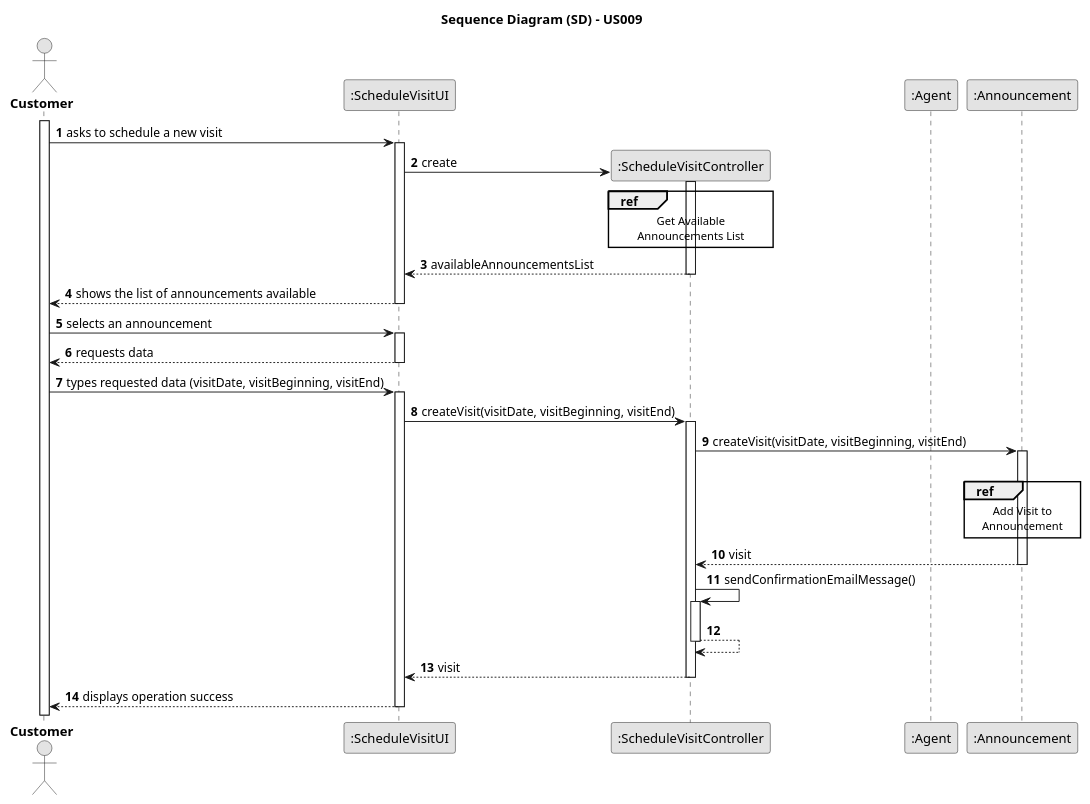
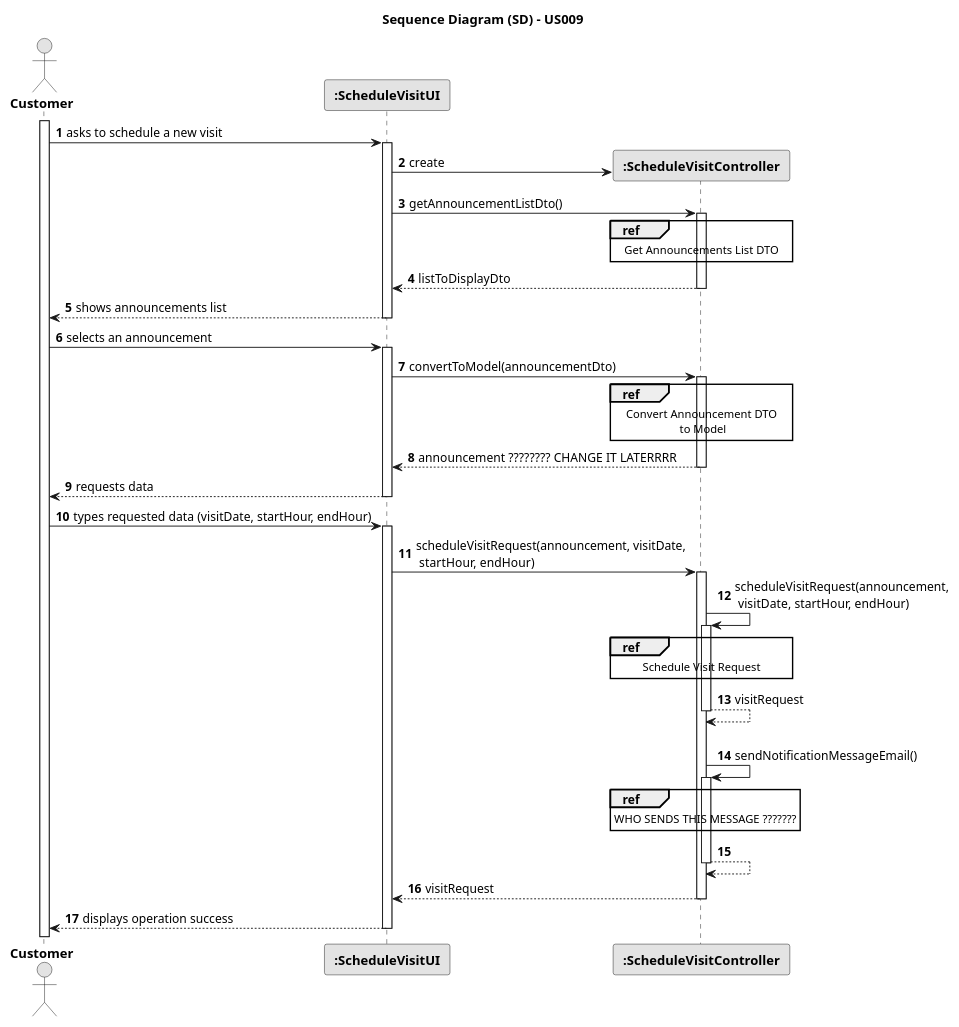
The diagram in docs/sprintC/us009/03.design/puml/us009-sequence-diagram-slip.puml (rita-barbosa/LAPR2-2223), drawn with PlantUML before and after one commit.

Commit message:
Split SD [US009] [Design]

```diff
--- a/docs/sprintC/us009/03.design/puml/us009-sequence-diagram-slip.puml
+++ b/docs/sprintC/us009/03.design/puml/us009-sequence-diagram-slip.puml
@@ -1,76 +1,88 @@
 @startuml
 skinparam monochrome true
 skinparam packageStyle rectangle
 skinparam shadowing false
 
 title Sequence Diagram (SD) - US009
 
 autonumber
 
 actor "<b> Customer </b>" as CTM
-participant ":ScheduleVisitUI" as UI
-participant ":ScheduleVisitController" as CTRL
-'participant ":Agency" as AGC
-participant ":Agent" as AGT
-participant ":Announcement" as ANNOUNCE
-
+participant "<b> :ScheduleVisitUI </b>" as UI
+participant "<b> :ScheduleVisitController </b>" as CTRL
 
 activate CTM
 
     CTM -> UI : asks to schedule a new visit
         activate UI
 
     UI -> CTRL** : create
+
+    UI -> CTRL : getAnnouncementListDto()
         activate CTRL
             ref over CTRL
-                Get Available
-                Announcements List
+                Get Announcements List DTO
             end ref
-    CTRL --> UI : availableAnnouncementsList
+    CTRL --> UI : listToDisplayDto
         deactivate CTRL
 
-    UI --> CTM : shows the list of announcements available
+    UI --> CTM : shows announcements list
         deactivate UI
 
     CTM -> UI : selects an announcement
         activate UI
 
+    UI -> CTRL : convertToModel(announcementDto)
+    activate CTRL
+        ref over CTRL
+            Convert Announcement DTO
+             to Model
+        end ref
+
+        CTRL --> UI : announcement ???????? CHANGE IT LATERRRR
+    deactivate CTRL
+
     UI --> CTM : requests data
         deactivate UI
 
-    CTM -> UI : types requested data (visitDate, visitBeginning, visitEnd)
+    CTM -> UI : types requested data (visitDate, startHour, endHour)
         activate UI
 
-        UI -> CTRL : createVisit(visitDate, visitBeginning, visitEnd)
+        UI -> CTRL : scheduleVisitRequest(announcement, visitDate,\n startHour, endHour)
+
         activate CTRL
 
-        CTRL -> ANNOUNCE : createVisit(visitDate, visitBeginning, visitEnd)
+        CTRL -> CTRL : scheduleVisitRequest(announcement,\n visitDate, startHour, endHour)
+        activate CTRL
 
-        activate ANNOUNCE
+        ref over CTRL
+            Schedule Visit Request
+        end ref
+
+            CTRL --> CTRL : visitRequest
+        deactivate CTRL
+
 |||
-            ref over ANNOUNCE
-            Add Visit to
-            Announcement
-            end ref
+    CTRL -> CTRL : sendNotificationMessageEmail()
+        activate CTRL
 
-        ANNOUNCE --> CTRL : visit
-
-        deactivate ANNOUNCE
-
-    CTRL -> CTRL : sendConfirmationEmailMessage()
-        activate CTRL
+        ref over CTRL
+            WHO SENDS THIS MESSAGE ???????
+        end ref
 
     CTRL --> CTRL
     deactivate CTRL
 
-    CTRL --> UI : visit
+    CTRL --> UI : visitRequest
     deactivate CTRL
 
 
 
     ' FALTA A PARTE DO EMAIL !!!!!!!!!!
 
+
+
     UI --> CTM : displays operation success
         deactivate UI
 
 @enduml
```
